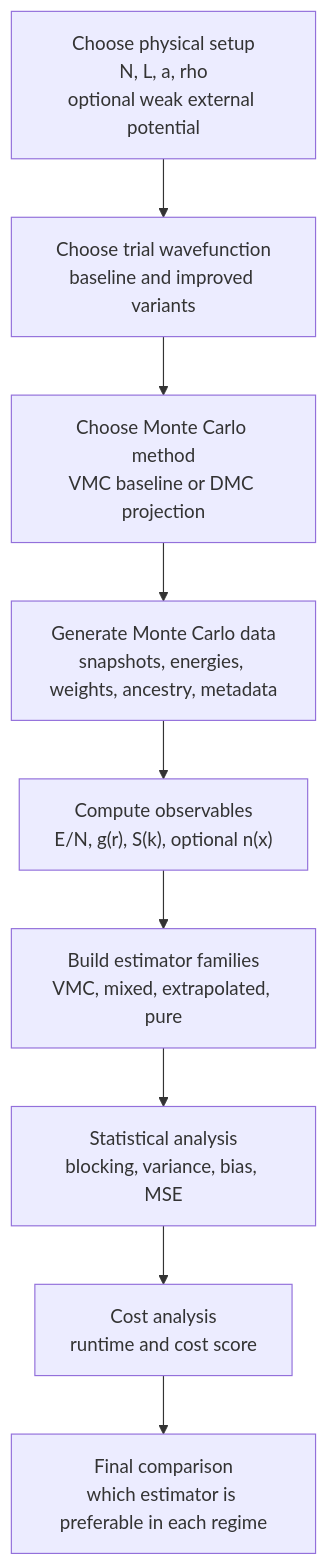
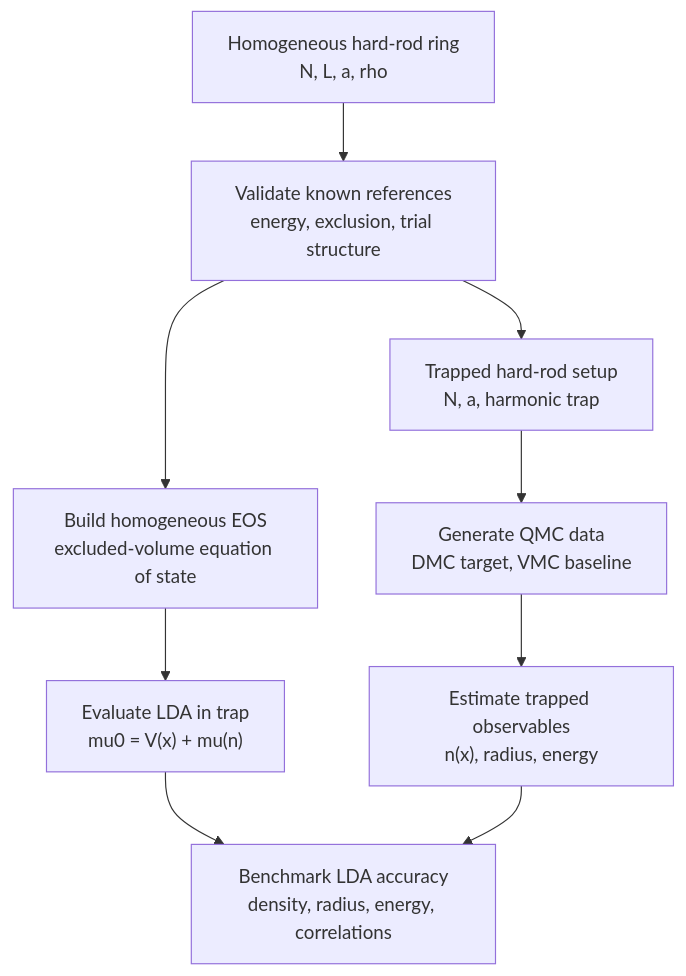
Before and after one commit to upcbatu/hardrod-qmc: the diagram in docs/02_HIGH_LEVEL_WORKFLOW.md, drawn with Mermaid. The commit also changed other lines of this file and 17 other files, not shown here.

````diff
--- a/docs/02_HIGH_LEVEL_WORKFLOW.md
+++ b/docs/02_HIGH_LEVEL_WORKFLOW.md
@@ -13,11 +13,11 @@
 ```mermaid
 flowchart TD
-    A["Choose physical setup<br/>N, L, a, rho<br/>optional weak external potential"] --> B["Choose trial wavefunction<br/>baseline and improved variants"]
-    B --> C["Choose Monte Carlo method<br/>VMC baseline or DMC projection"]
-    C --> D["Generate Monte Carlo data<br/>snapshots, energies, weights, ancestry, metadata"]
-    D --> E["Compute observables<br/>E/N, g(r), S(k), optional n(x)"]
-    E --> F["Build estimator families<br/>VMC, mixed, extrapolated, pure"]
-    F --> G["Statistical analysis<br/>blocking, variance, bias, MSE"]
-    G --> H["Cost analysis<br/>runtime and cost score"]
-    H --> I["Final comparison<br/>which estimator is preferable in each regime"]
+    A["Homogeneous hard-rod ring<br/>N, L, a, rho"] --> B["Validate known references<br/>energy, exclusion, trial structure"]
+    B --> C["Trapped hard-rod setup<br/>N, a, harmonic trap"]
+    C --> D["Generate QMC data<br/>DMC target, VMC baseline"]
+    D --> E["Estimate trapped observables<br/>n(x), radius, energy"]
+    B --> F["Build homogeneous EOS<br/>excluded-volume equation of state"]
+    F --> G["Evaluate LDA in trap<br/>mu0 = V(x) + mu(n)"]
+    G --> H["Benchmark LDA accuracy<br/>density, radius, energy, correlations"]
+    E --> H
 ```
````
